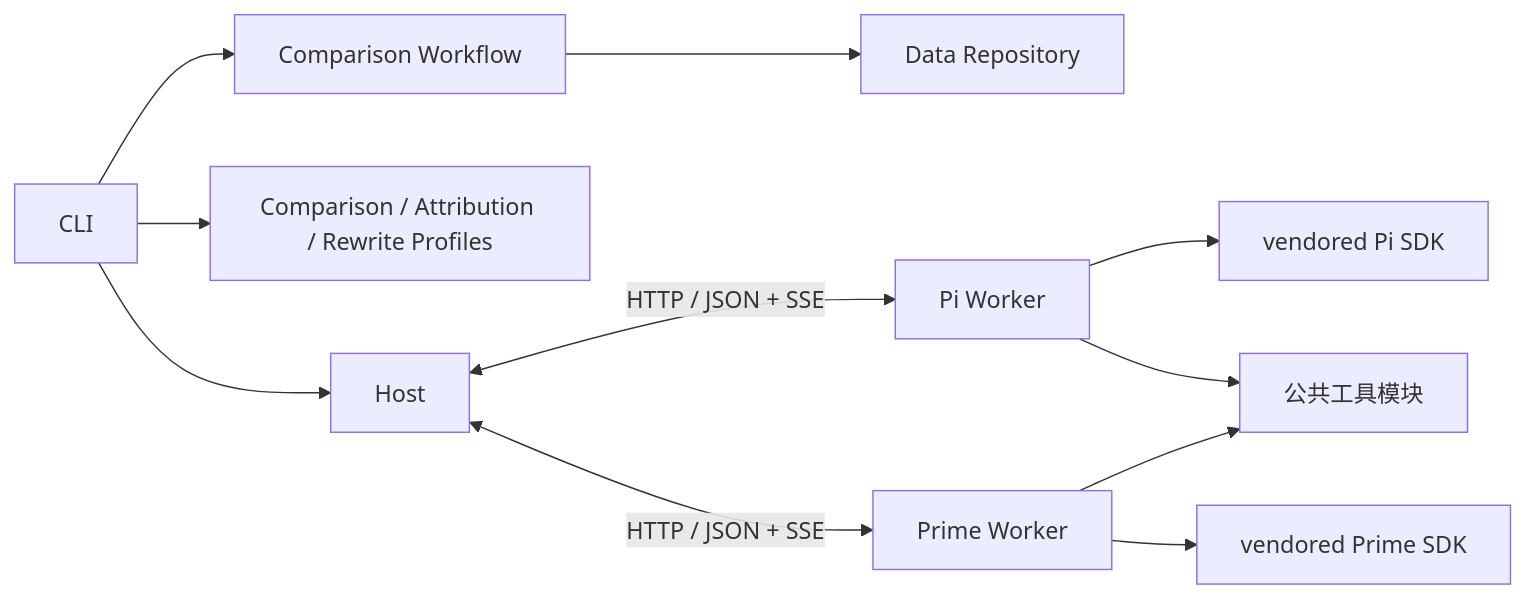
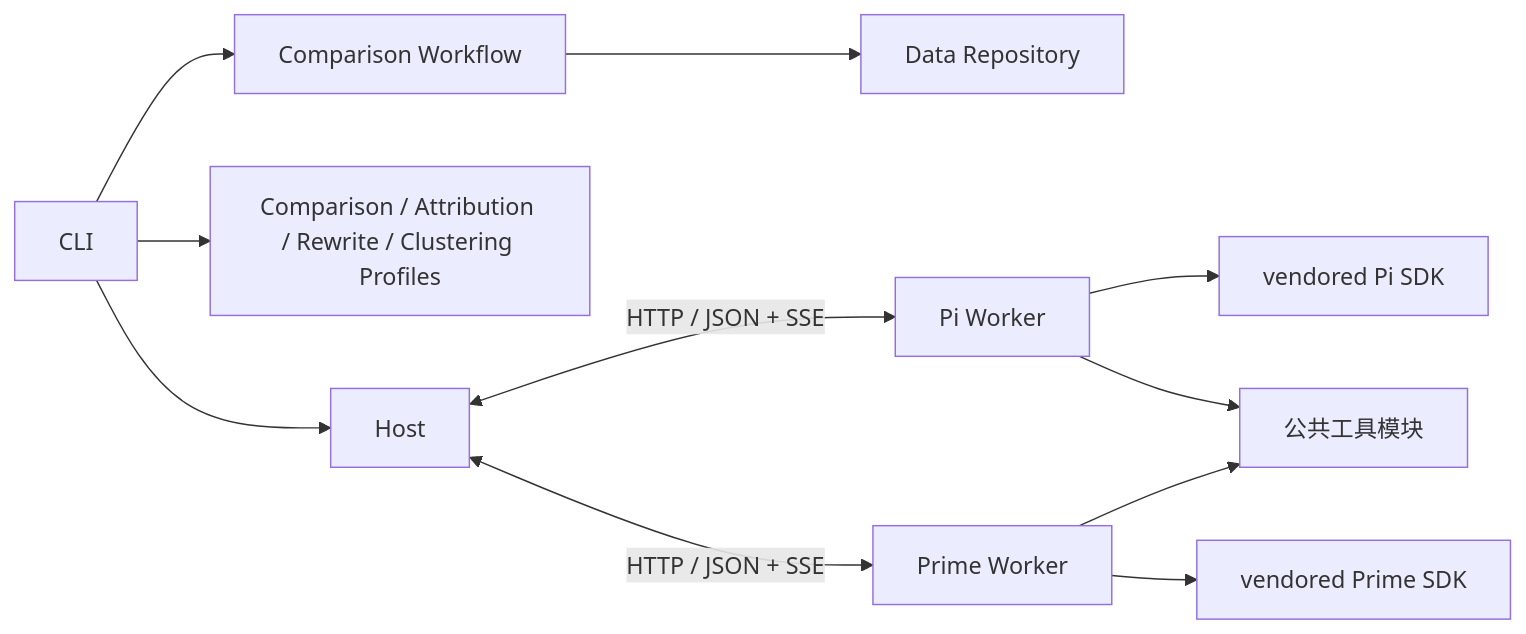
One commit to cmy-hhxx/agent_eval_harness changed the diagram in docs/architecture.md. Above: the diagram before and after it, drawn with Mermaid. The commit also changed other lines of this file and 68 other files, not shown here.

````diff
--- a/docs/architecture.md
+++ b/docs/architecture.md
@@ -9,13 +9,13 @@
 ```mermaid
 flowchart LR
   CLI --> Host
-  CLI --> Agents[Comparison / Attribution / Rewrite Profiles]
+  CLI --> Agents[Comparison / Attribution / Rewrite / Clustering Profiles]
   CLI --> Workflow[Comparison Workflow]
   Workflow --> Data[Data Repository]
   Host <-->|HTTP / JSON + SSE| Pi[Pi Worker]
   Host <-->|HTTP / JSON + SSE| Prime[Prime Worker]
   Pi --> PiSDK[vendored Pi SDK]
   Prime --> PrimeSDK[vendored Prime SDK]
   Pi --> Tools[公共工具模块]
   Prime --> Tools
 ```
````
